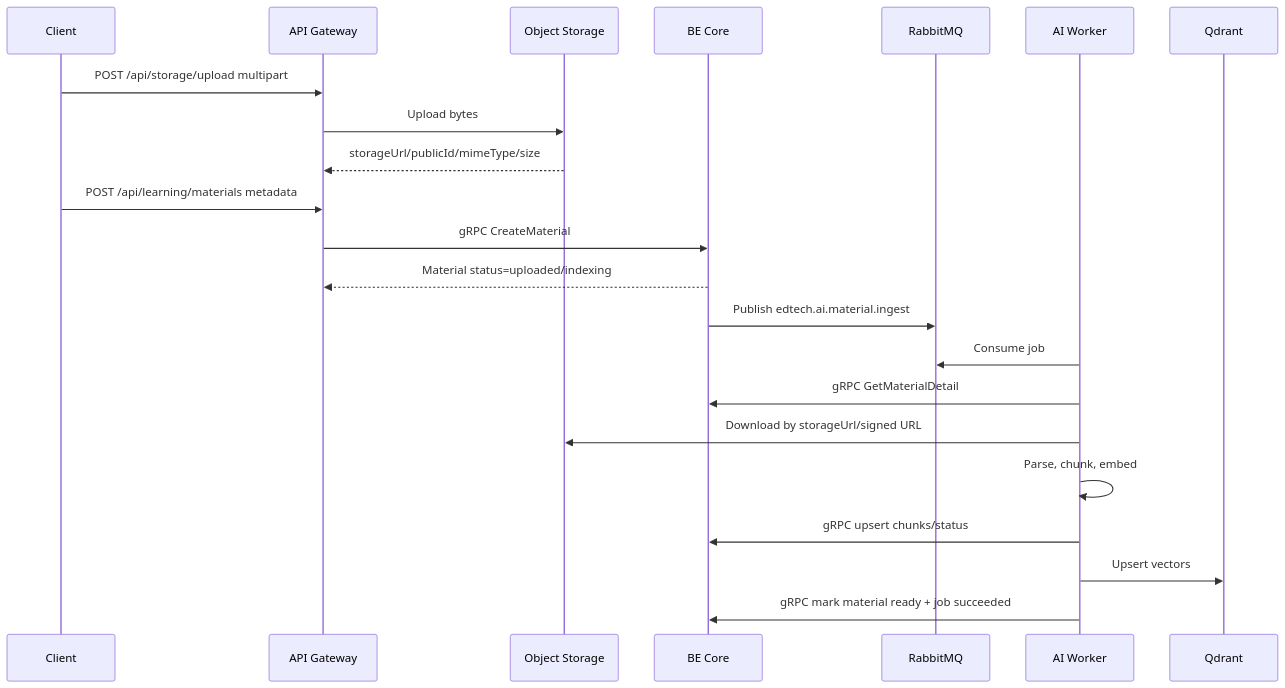
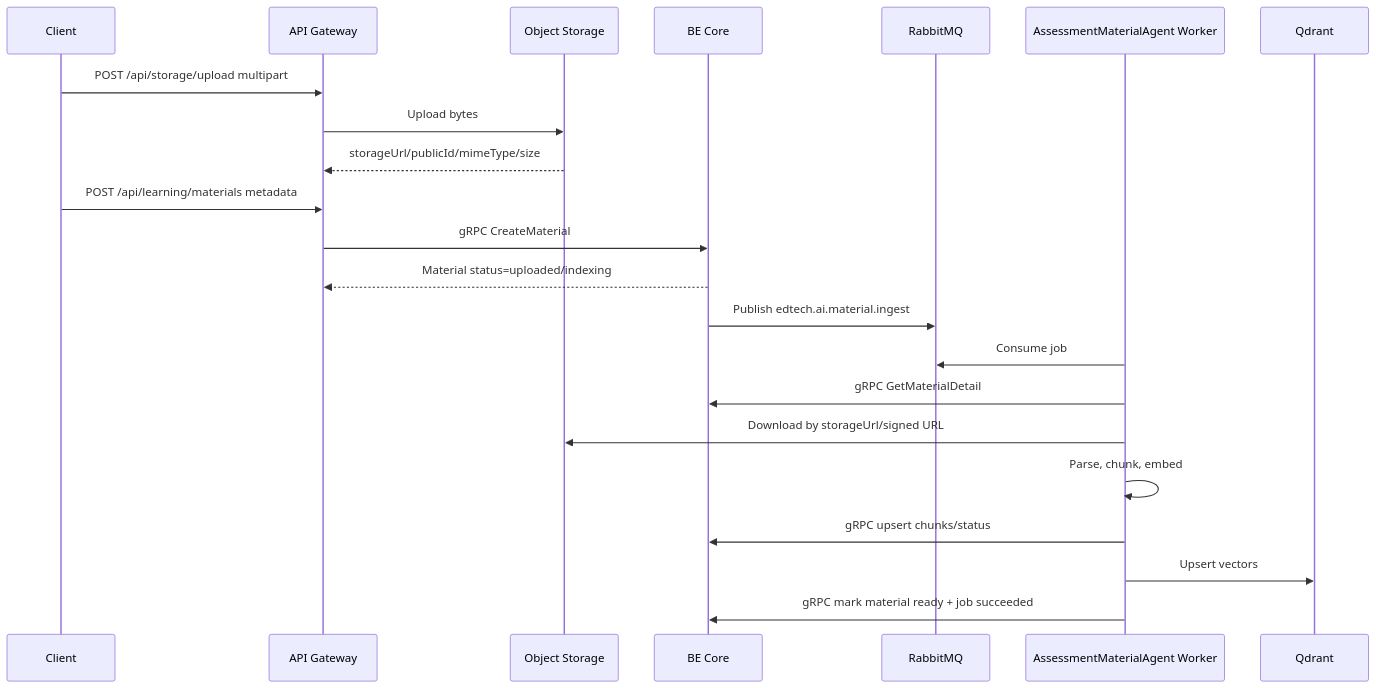
The first of 4 diagrams in docs/ai-service/runtime-flows.md (Tanh1603/EdTech), drawn with Mermaid before and after one commit. The commit also changed other lines of this file and 36 other files, not shown here.

````diff
--- a/docs/ai-service/runtime-flows.md
+++ b/docs/ai-service/runtime-flows.md
@@ -5,25 +5,25 @@
 ```mermaid
 sequenceDiagram
   participant C as Client
   participant G as API Gateway
   participant S as Object Storage
   participant B as BE Core
   participant R as RabbitMQ
-  participant W as AI Worker
+  participant W as AssessmentMaterialAgent Worker
   participant Q as Qdrant
 
   C->>G: POST /api/storage/upload multipart
   G->>S: Upload bytes
   S-->>G: storageUrl/publicId/mimeType/size
   C->>G: POST /api/learning/materials metadata
   G->>B: gRPC CreateMaterial
   B-->>G: Material status=uploaded/indexing
   B->>R: Publish edtech.ai.material.ingest
   W->>R: Consume job
   W->>B: gRPC GetMaterialDetail
   W->>S: Download by storageUrl/signed URL
   W->>W: Parse, chunk, embed
   W->>B: gRPC upsert chunks/status
   W->>Q: Upsert vectors
   W->>B: gRPC mark material ready + job succeeded
 ```
````
